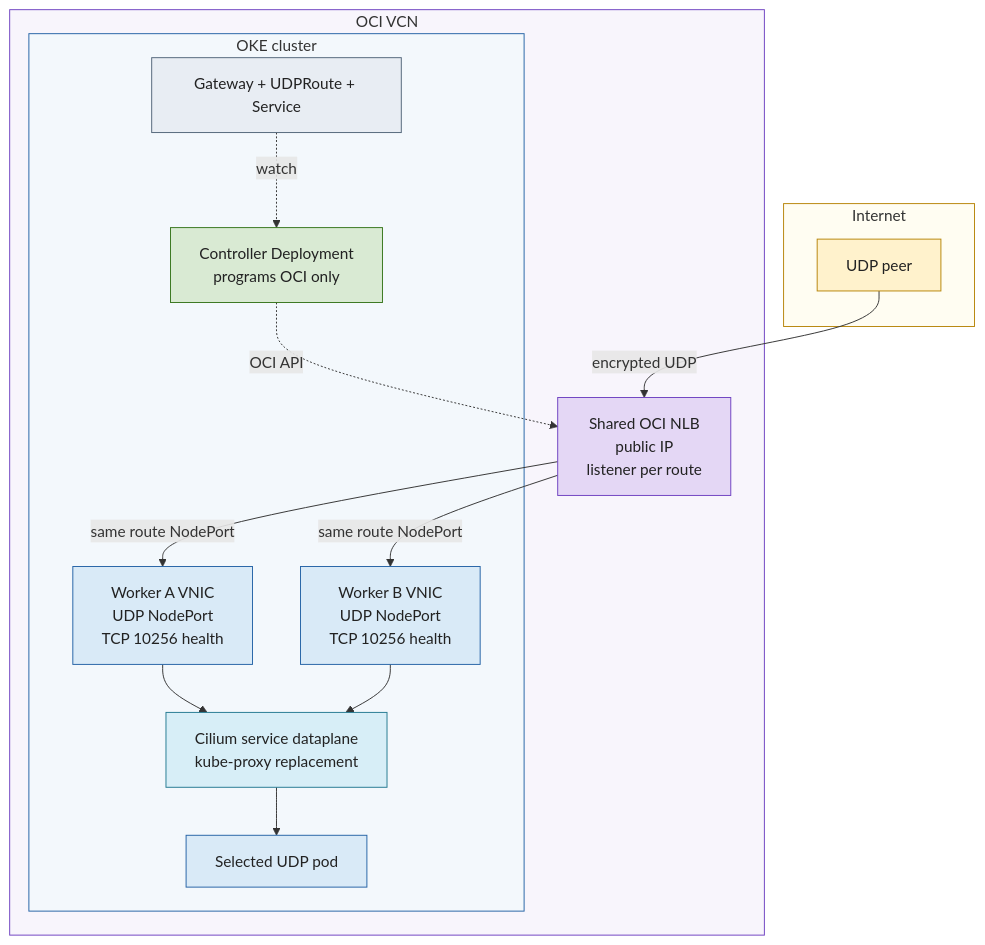
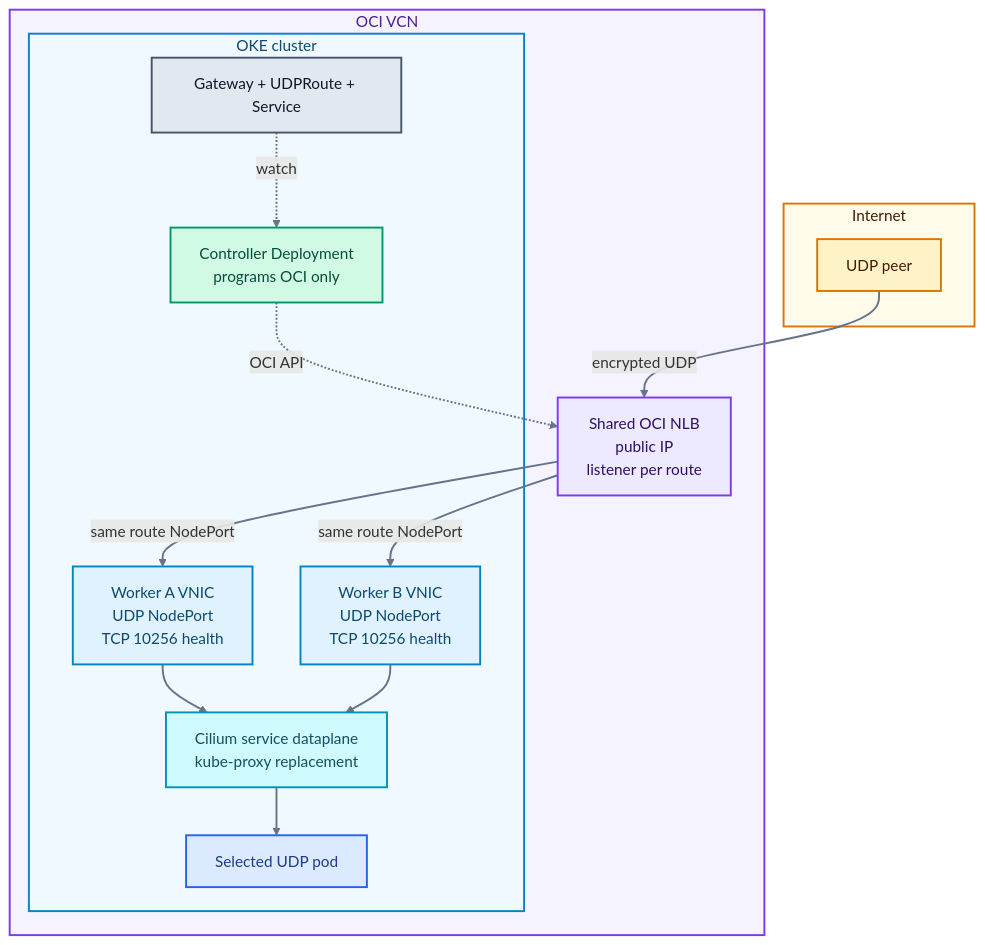
One commit to RyanHelferich/oci-shared-nlb-gateway-controller changed the diagram in docs/architecture.md. Above: the diagram before and after it, drawn with Mermaid.

Commit message:
Align detailed architecture diagram palette

````diff
--- a/docs/architecture.md
+++ b/docs/architecture.md
@@ -20,37 +20,38 @@
 ```mermaid
 flowchart TB
   subgraph internet[Internet]
     peer[UDP peer]:::external
   end
   subgraph oci[OCI VCN]
     nlb[Shared OCI NLB<br/>public IP<br/>listener per route]:::oci
     subgraph oke[OKE cluster]
       ctl[Controller Deployment<br/>programs OCI only]:::controller
       workerA[Worker A VNIC<br/>UDP NodePort<br/>TCP 10256 health]:::oke
       workerB[Worker B VNIC<br/>UDP NodePort<br/>TCP 10256 health]:::oke
       cilium[Cilium service dataplane<br/>kube-proxy replacement]:::network
       pod[Selected UDP pod]:::workload
       api[Gateway + UDPRoute + Service]:::k8s
     end
   end
 
   peer -->|encrypted UDP| nlb
   nlb -->|same route NodePort| workerA
   nlb -->|same route NodePort| workerB
   workerA --> cilium
   workerB --> cilium
   cilium --> pod
   api -. watch .-> ctl
   ctl -. OCI API .-> nlb
 
-  classDef external fill:#fff2cc,stroke:#b8860b,color:#222;
-  classDef oci fill:#e4d7f5,stroke:#6f42c1,color:#222;
-  classDef oke fill:#d9eaf7,stroke:#2563a6,color:#222;
-  classDef network fill:#d7eef7,stroke:#247a91,color:#222;
-  classDef workload fill:#d9eaf7,stroke:#2563a6,color:#222;
-  classDef k8s fill:#e8edf3,stroke:#526579,color:#222;
-  classDef controller fill:#d9ead3,stroke:#38761d,color:#222;
-  style internet fill:#fffdf2,stroke:#b8860b
-  style oci fill:#f8f5fc,stroke:#6f42c1
-  style oke fill:#f3f8fc,stroke:#2563a6
+  classDef external fill:#fef3c7,stroke:#d97706,color:#451a03,stroke-width:2px;
+  classDef oci fill:#ede9fe,stroke:#7c3aed,color:#2e1065,stroke-width:2px;
+  classDef oke fill:#e0f2fe,stroke:#0284c7,color:#0c4a6e,stroke-width:2px;
+  classDef network fill:#cffafe,stroke:#0891b2,color:#164e63,stroke-width:2px;
+  classDef workload fill:#dbeafe,stroke:#2563eb,color:#1e3a8a,stroke-width:2px;
+  classDef k8s fill:#e2e8f0,stroke:#475569,color:#0f172a,stroke-width:2px;
+  classDef controller fill:#d1fae5,stroke:#059669,color:#064e3b,stroke-width:2px;
+  style internet fill:#fffbeb,stroke:#d97706,stroke-width:2px,color:#451a03
+  style oci fill:#f5f3ff,stroke:#7c3aed,stroke-width:2px,color:#4c1d95
+  style oke fill:#f0f9ff,stroke:#0284c7,stroke-width:2px,color:#0c4a6e
+  linkStyle default stroke:#64748b,stroke-width:2px;
 ```
````
